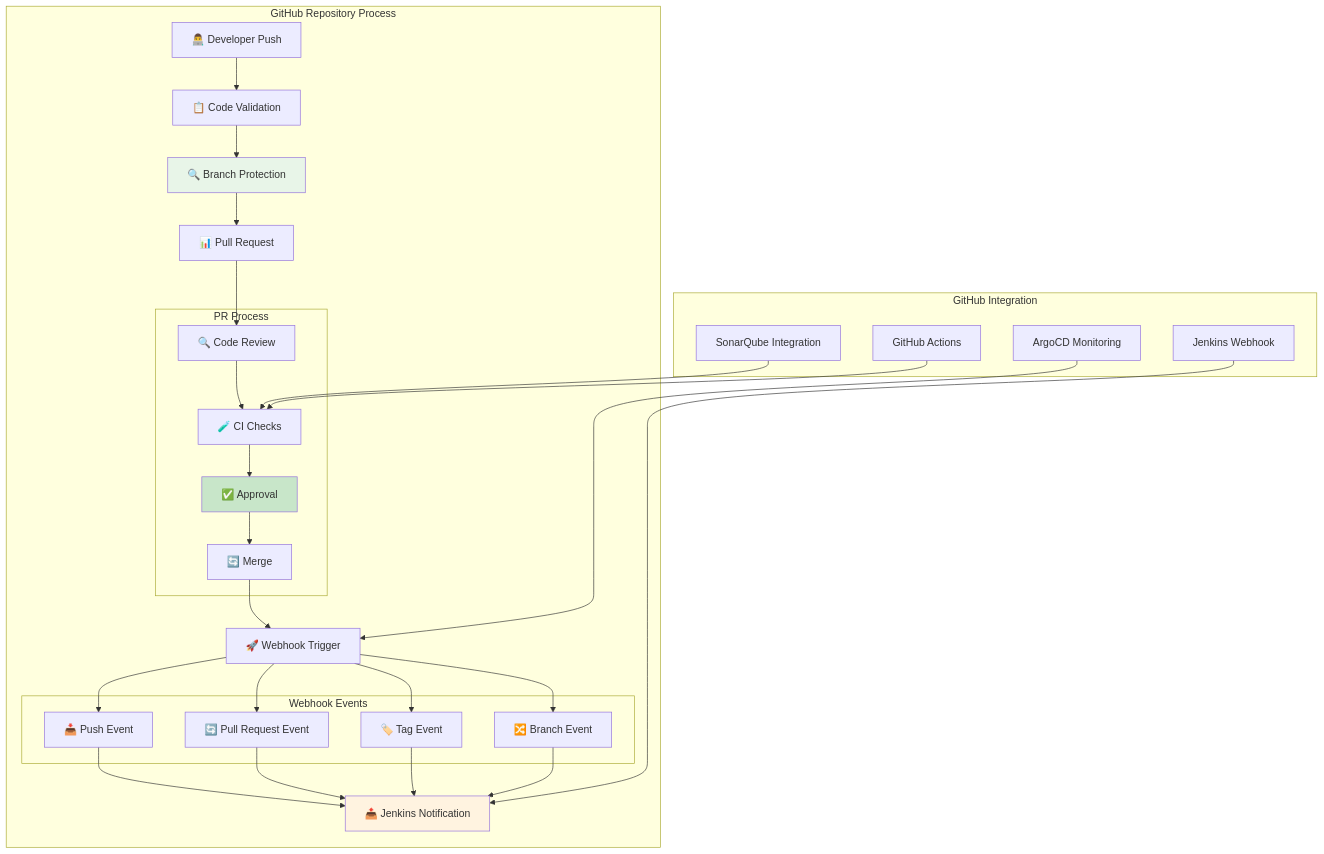
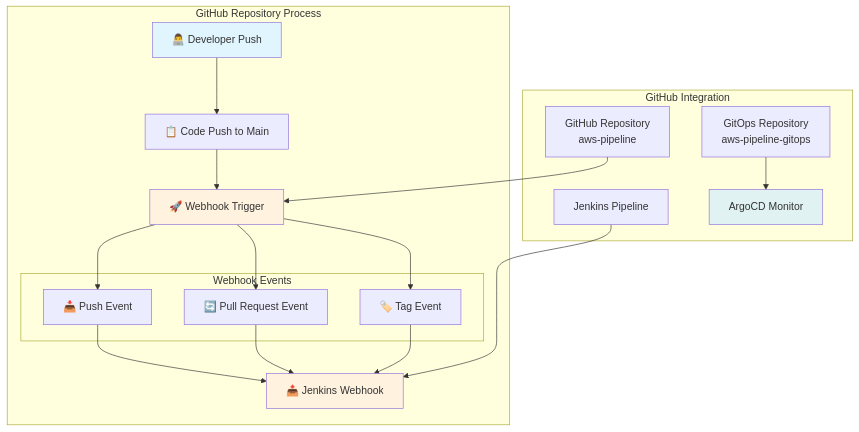
Before and after one commit to onurglr/aws-pipeline: the seventh of 9 diagrams in detailed-devops-diagrams.md, drawn with Mermaid. The commit also changed other lines of this file and 1 other file, not shown here.

````diff
--- a/detailed-devops-diagrams.md
+++ b/detailed-devops-diagrams.md
@@ -280,50 +270,32 @@
 ```mermaid
 graph TB
     subgraph "GitHub Repository Process"
-        A[👨‍💻 Developer Push] --> B[📋 Code Validation]
-        B --> C[🔍 Branch Protection]
-        C --> D[📊 Pull Request]
+        A[👨‍💻 Developer Push] --> B[📋 Code Push to Main]
+        B --> C[🚀 Webhook Trigger]
         
-        subgraph "PR Process"
-            D1[🔍 Code Review]
-            D2[🧪 CI Checks]
-            D3[✅ Approval]
-            D4[🔄 Merge]
+        subgraph "Webhook Events"
+            C1[📥 Push Event]
+            C2[🔄 Pull Request Event]
+            C3[🏷️ Tag Event]
         end
         
-        D --> D1
-        D1 --> D2
-        D2 --> D3
-        D3 --> D4
+        C --> C1
+        C --> C2
+        C --> C3
         
-        D4 --> E[🚀 Webhook Trigger]
-        
-        subgraph "Webhook Events"
-            E1[📥 Push Event]
-            E2[🔄 Pull Request Event]
-            E3[🏷️ Tag Event]
-            E4[🔀 Branch Event]
-        end
-        
-        E --> E1
-        E --> E2
-        E --> E3
-        E --> E4
-        
-        E1 --> F[📤 Jenkins Notification]
-        E2 --> F
-        E3 --> F
-        E4 --> F
+        C1 --> D[📤 Jenkins Webhook]
+        C2 --> D
+        C3 --> D
     end
     
     subgraph "GitHub Integration"
-        G[Jenkins Webhook] --> F
-        H[SonarQube Integration] --> D2
-        I[ArgoCD Monitoring] --> E
-        J[GitHub Actions] --> D2
+        E[Jenkins Pipeline] --> D
+        F[GitHub Repository<br/>aws-pipeline] --> C
+        G[GitOps Repository<br/>aws-pipeline-gitops] --> H[ArgoCD Monitor]
     end
     
-    style C fill:#e8f5e8
-    style D3 fill:#c8e6c9
-    style F fill:#fff3e0
+    style A fill:#e1f5fe
+    style C fill:#fff3e0
+    style D fill:#fff3e0
+    style H fill:#e0f2f1
 ```
````
